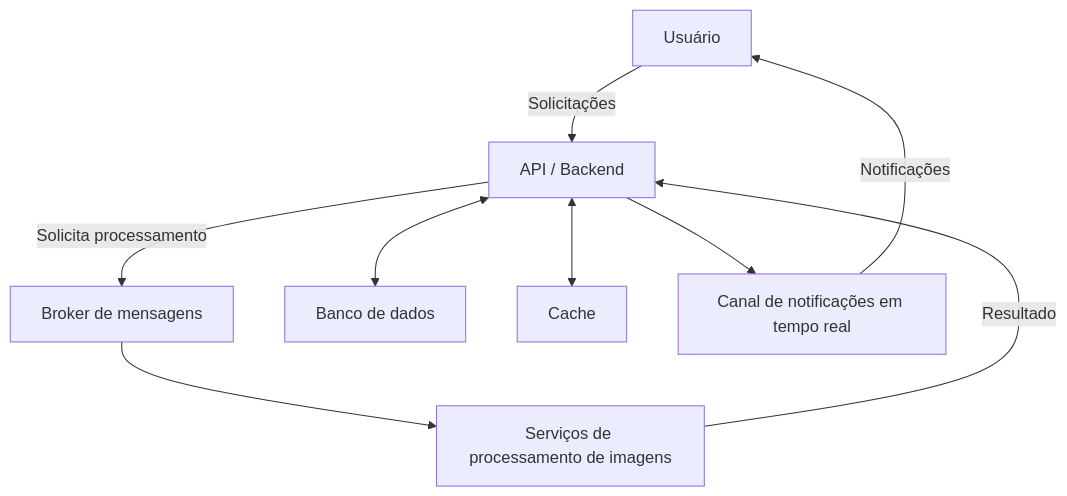
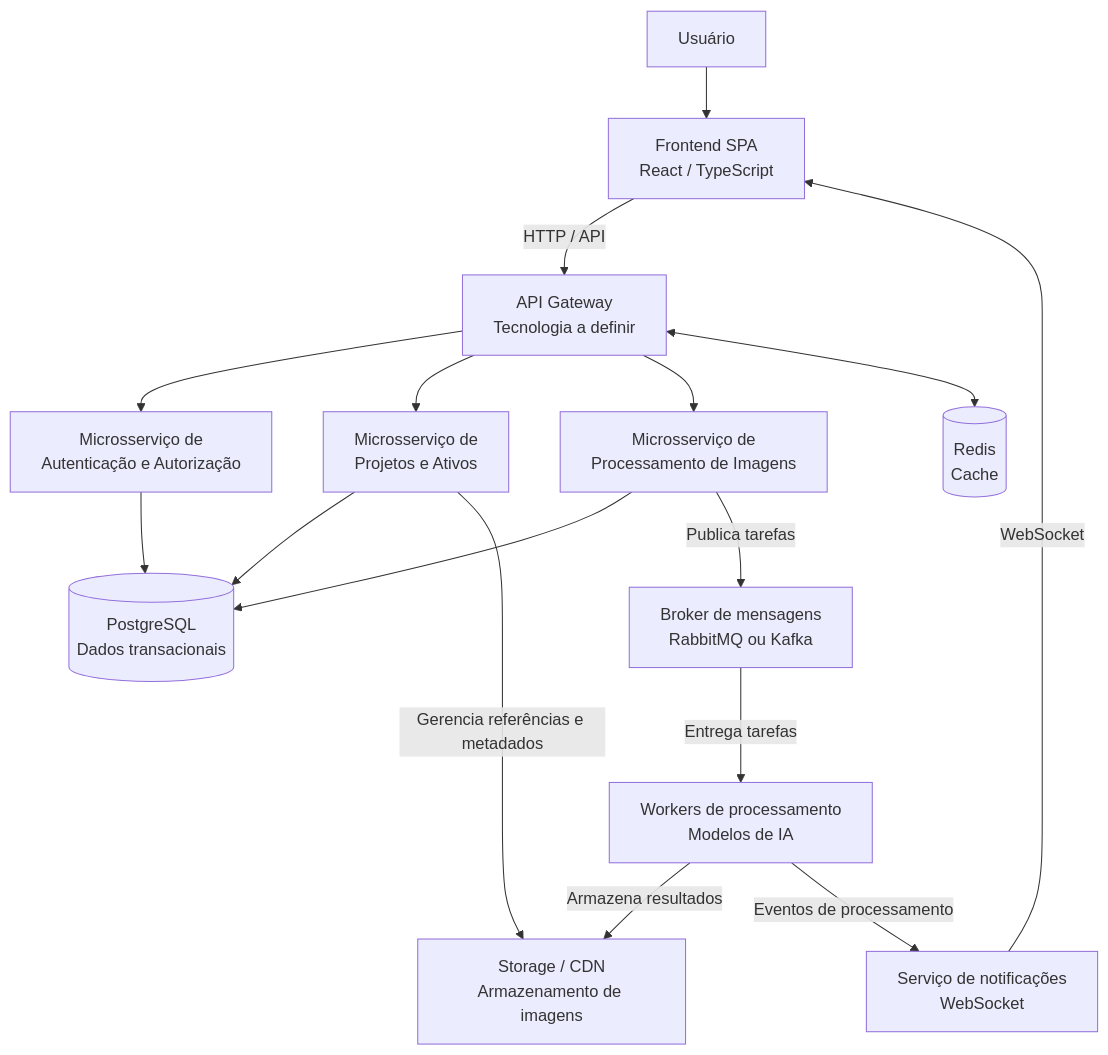
One commit to Rhuan-me/Image-Pro-by-Pixel changed the diagram in docs/diagrams/c4-n2-containers.md. Above: the diagram before and after it, drawn with Mermaid. The commit also changed other lines of this file and 1 other file, not shown here.

Commit message:
docs: update PixPro C4 diagrams based on backend architecture

````diff
--- a/docs/diagrams/c4-n2-containers.md
+++ b/docs/diagrams/c4-n2-containers.md
@@ -9,19 +9,39 @@
 ```mermaid
 flowchart TD
     Usuario["Usuário"]
-    API["API / Backend"]
-    Mensageria["Broker de mensagens"]
-    Processamento["Serviços de processamento de imagens"]
-    Banco["Banco de dados"]
-    Cache["Cache"]
-    WebSocket["Canal de notificações em tempo real"]
+    Frontend["Frontend SPA<br/>React / TypeScript"]
+    Gateway["API Gateway<br/>Tecnologia a definir"]
 
-    Usuario -->|"Solicitações"| API
-    API -->|"Solicita processamento"| Mensageria
-    Mensageria --> Processamento
-    Processamento -->|"Resultado"| API
-    API <--> Banco
-    API <--> Cache
-    API --> WebSocket
-    WebSocket -->|"Notificações"| Usuario
+    Auth["Microsserviço de<br/>Autenticação e Autorização"]
+    Projetos["Microsserviço de<br/>Projetos e Ativos"]
+    Processamento["Microsserviço de<br/>Processamento de Imagens"]
+
+    Broker["Broker de mensagens<br/>RabbitMQ ou Kafka"]
+    Workers["Workers de processamento<br/>Modelos de IA"]
+    Notificacoes["Serviço de notificações<br/>WebSocket"]
+
+    PostgreSQL[("PostgreSQL<br/>Dados transacionais")]
+    Redis[("Redis<br/>Cache")]
+    Storage["Storage / CDN<br/>Armazenamento de imagens"]
+
+    Usuario --> Frontend
+    Frontend -->|"HTTP / API"| Gateway
+
+    Gateway --> Auth
+    Gateway --> Projetos
+    Gateway --> Processamento
+
+    Auth --> PostgreSQL
+    Projetos --> PostgreSQL
+    Processamento --> PostgreSQL
+
+    Gateway <--> Redis
+    Processamento -->|"Publica tarefas"| Broker
+    Broker -->|"Entrega tarefas"| Workers
+
+    Workers -->|"Armazena resultados"| Storage
+    Projetos -->|"Gerencia referências e metadados"| Storage
+
+    Workers -->|"Eventos de processamento"| Notificacoes
+    Notificacoes -->|"WebSocket"| Frontend
 ```
````
